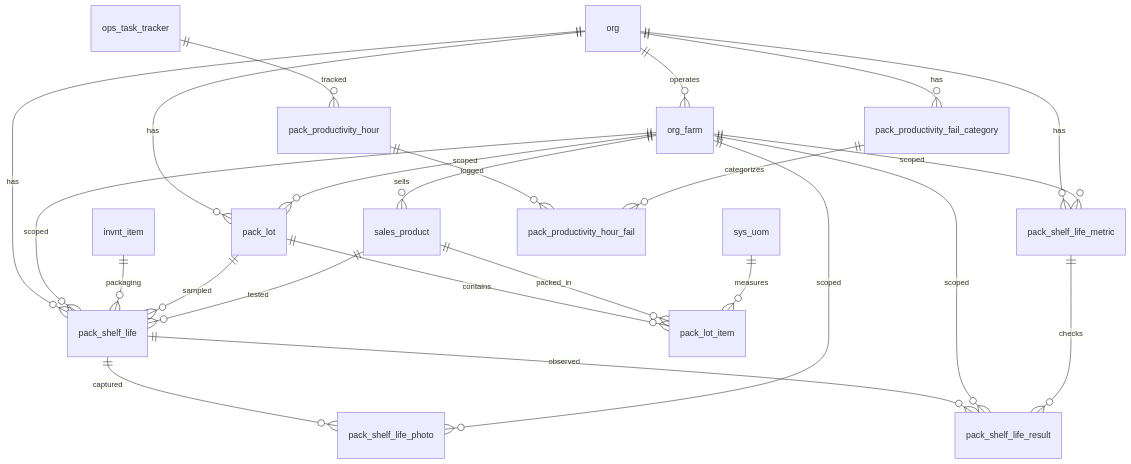
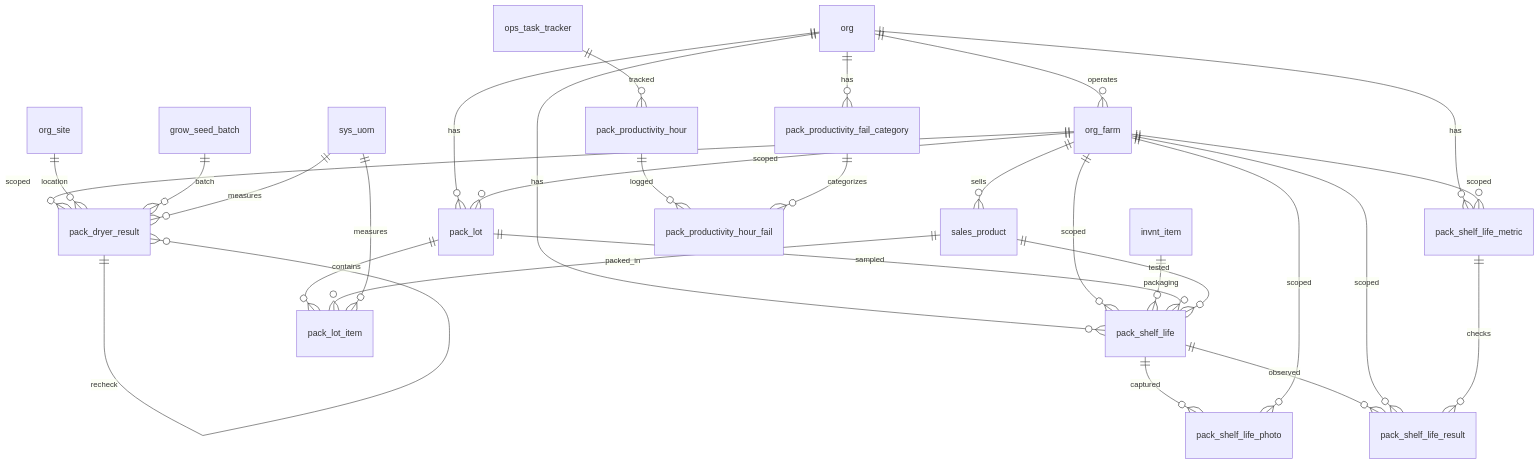
Before and after one commit to Hawaii-Farming/aloha-app: the diagram in docs/schemas/20260401000007_pack.md, drawn with Mermaid. The commit also changed other lines of this file and 34 other files, not shown here.

````diff
--- a/docs/schemas/20260401000007_pack.md
+++ b/docs/schemas/20260401000007_pack.md
@@ -11,27 +13,32 @@
 ```mermaid
 erDiagram
     org ||--o{ org_farm : operates
     org ||--o{ pack_lot : has
     org ||--o{ pack_shelf_life_metric : has
     org ||--o{ pack_shelf_life : has
     org_farm ||--o{ sales_product : sells
     org_farm ||--o{ pack_lot : scoped
     pack_lot ||--o{ pack_lot_item : contains
     sales_product ||--o{ pack_lot_item : packed_in
     sys_uom ||--o{ pack_lot_item : measures
 
     org_farm ||--o{ pack_shelf_life_metric : scoped
     org_farm ||--o{ pack_shelf_life : scoped
     invnt_item ||--o{ pack_shelf_life : packaging
     pack_lot ||--o{ pack_shelf_life : sampled
     sales_product ||--o{ pack_shelf_life : tested
     pack_shelf_life ||--o{ pack_shelf_life_result : observed
     org_farm ||--o{ pack_shelf_life_result : scoped
     pack_shelf_life_metric ||--o{ pack_shelf_life_result : checks
     pack_shelf_life ||--o{ pack_shelf_life_photo : captured
     org_farm ||--o{ pack_shelf_life_photo : scoped
     org ||--o{ pack_productivity_fail_category : has
     ops_task_tracker ||--o{ pack_productivity_hour : tracked
     pack_productivity_hour ||--o{ pack_productivity_hour_fail : logged
     pack_productivity_fail_category ||--o{ pack_productivity_hour_fail : categorizes
+    org_farm ||--o{ pack_dryer_result : scoped
+    org_site ||--o{ pack_dryer_result : location
+    grow_seed_batch ||--o{ pack_dryer_result : batch
+    sys_uom ||--o{ pack_dryer_result : measures
+    pack_dryer_result ||--o{ pack_dryer_result : recheck
 ```
````
